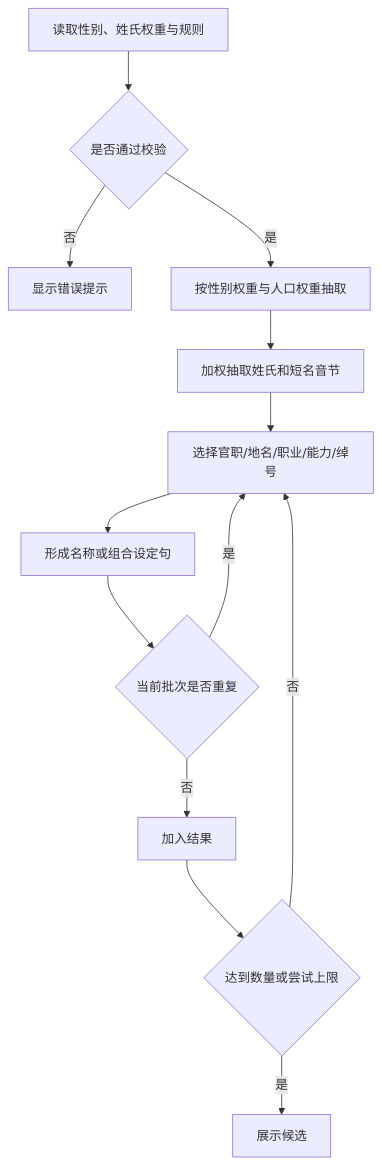
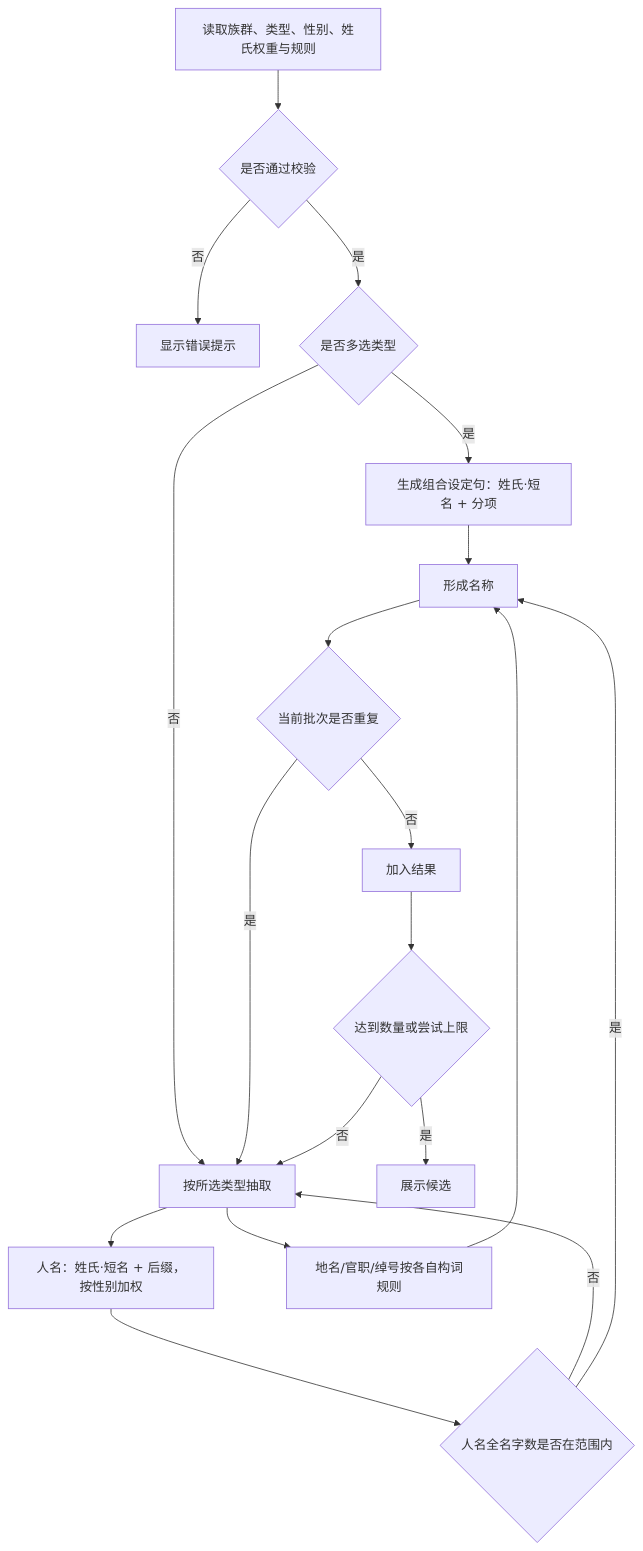
One commit to the-writer/creative-workshop changed the diagram in docs/prd/02-name-generation.md. Above: the diagram before and after it, drawn with Mermaid. The commit also changed other lines of this file and 32 other files, not shown here.

````diff
--- a/docs/prd/02-name-generation.md
+++ b/docs/prd/02-name-generation.md
@@ -70,15 +66,21 @@
 ```mermaid
 flowchart TD
-  A[读取性别、姓氏权重与规则] --> B{是否通过校验}
+  A[读取族群、类型、性别、姓氏权重与规则] --> B{是否通过校验}
   B -- 否 --> C[显示错误提示]
-  B -- 是 --> D[按性别权重与人口权重抽取]
-  D --> D1[加权抽取姓氏和短名音节]
-  D1 --> E[选择官职/地名/职业/能力/绰号]
-  E --> F[形成名称或组合设定句]
-  F --> G{当前批次是否重复}
-  G -- 是 --> E
-  G -- 否 --> H[加入结果]
-  H --> I{达到数量或尝试上限}
-  I -- 否 --> E
-  I -- 是 --> J[展示候选]
+  B -- 是 --> D{是否多选类型}
+  D -- 是 --> E[生成组合设定句：姓氏·短名 + 分项]
+  D -- 否 --> F[按所选类型抽取]
+  F --> F1[人名：姓氏·短名 + 后缀，按性别加权]
+  F --> F2[地名/官职/绰号按各自构词规则]
+  F1 --> G{人名全名字数是否在范围内}
+  G -- 否 --> F
+  G -- 是 --> H[形成名称]
+  E --> H
+  F2 --> H
+  H --> I{当前批次是否重复}
+  I -- 是 --> F
+  I -- 否 --> J[加入结果]
+  J --> K{达到数量或尝试上限}
+  K -- 否 --> F
+  K -- 是 --> L[展示候选]
 ```
````
